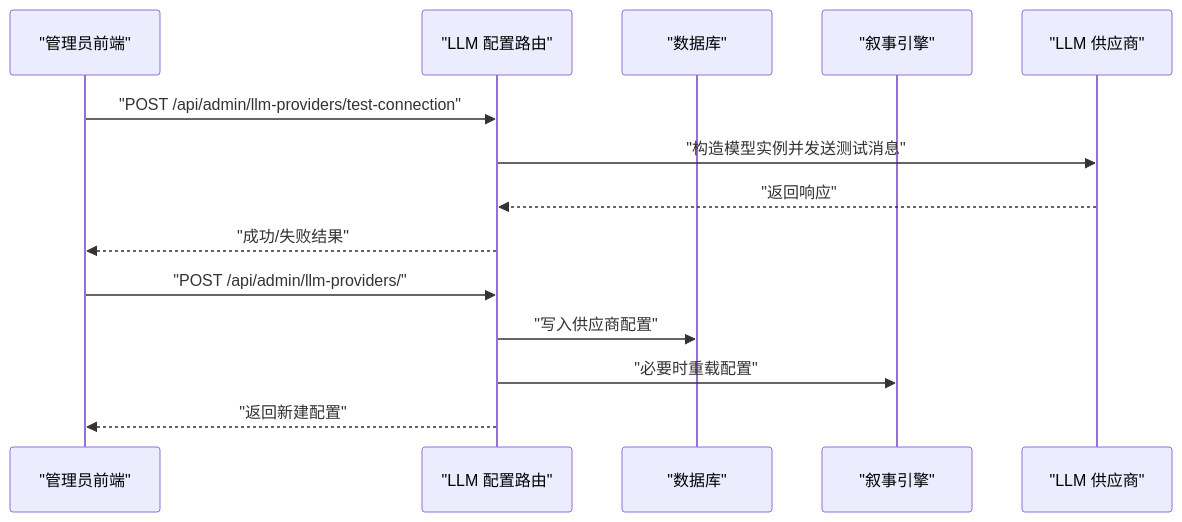
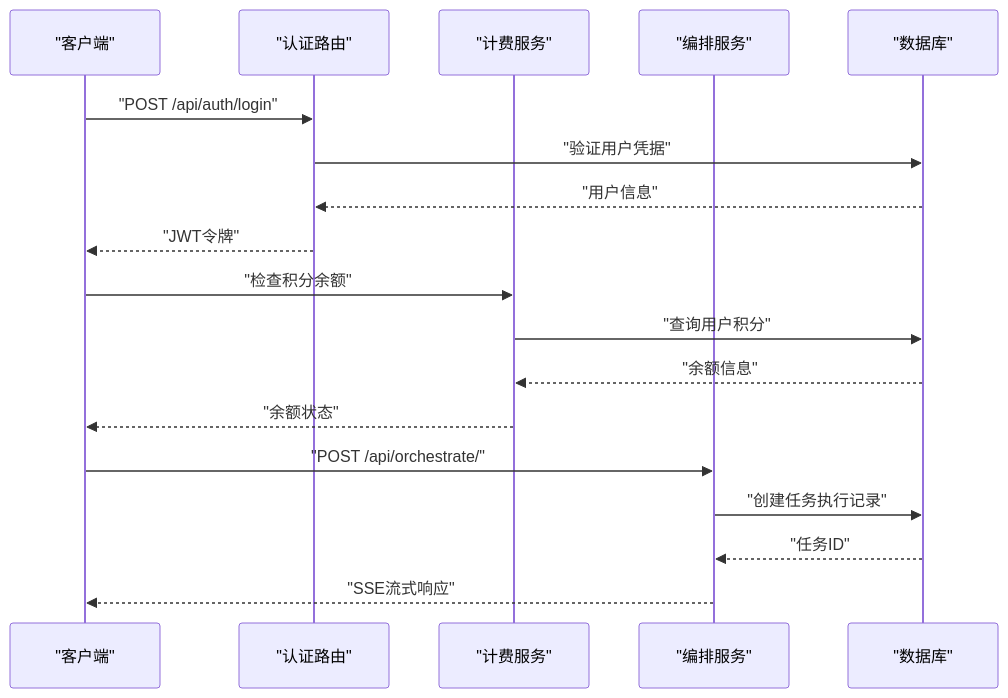
The sixth of 7 diagrams in .qoder/repowiki/zh/content/部署指南/部署指南.md (KunLabAI/KunFlix), drawn with Mermaid before and after one commit. The commit also changed other lines of this file and 25 other files, not shown here.

First line of the commit message:
feat(admin-auth): 新增管理员认证模块及登录界面优化

````diff
--- a/.qoder/repowiki/zh/content/部署指南/部署指南.md
+++ b/.qoder/repowiki/zh/content/部署指南/部署指南.md
@@ -229,16 +280,20 @@
 ```mermaid
 sequenceDiagram
-participant Admin as "管理员前端"
-participant API as "LLM 配置路由"
+participant Client as "客户端"
+participant Auth as "认证路由"
+participant Billing as "计费服务"
+participant Orchestrator as "编排服务"
 participant DB as "数据库"
-participant Agent as "叙事引擎"
-participant LLM as "LLM 供应商"
-Admin->>API : "POST /api/admin/llm-providers/test-connection"
-API->>LLM : "构造模型实例并发送测试消息"
-LLM-->>API : "返回响应"
-API-->>Admin : "成功/失败结果"
-Admin->>API : "POST /api/admin/llm-providers/"
-API->>DB : "写入供应商配置"
-API->>Agent : "必要时重载配置"
-API-->>Admin : "返回新建配置"
+Client->>Auth : "POST /api/auth/login"
+Auth->>DB : "验证用户凭据"
+DB-->>Auth : "用户信息"
+Auth-->>Client : "JWT令牌"
+Client->>Billing : "检查积分余额"
+Billing->>DB : "查询用户积分"
+DB-->>Billing : "余额信息"
+Billing-->>Client : "余额状态"
+Client->>Orchestrator : "POST /api/orchestrate/"
+Orchestrator->>DB : "创建任务执行记录"
+DB-->>Orchestrator : "任务ID"
+Orchestrator-->>Client : "SSE流式响应"
 ```
````
